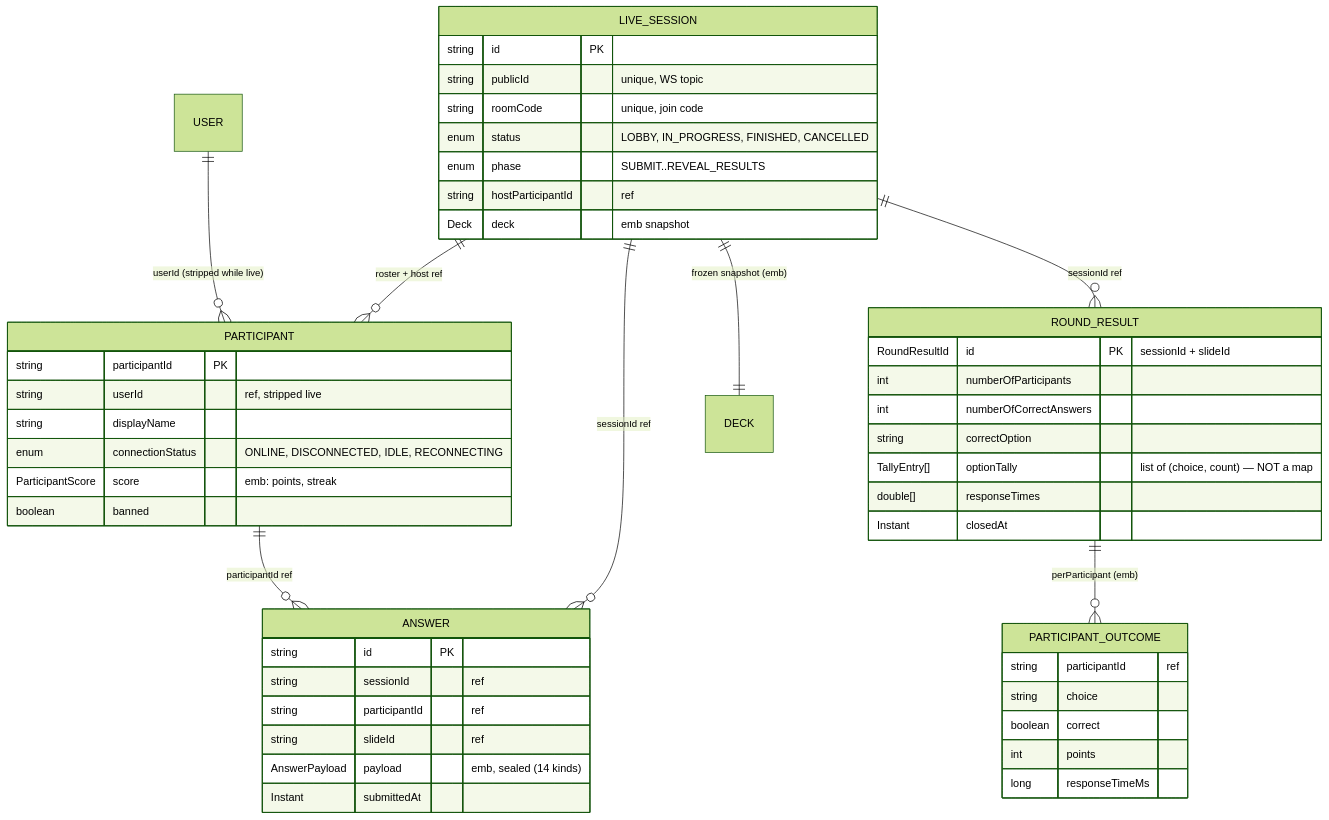
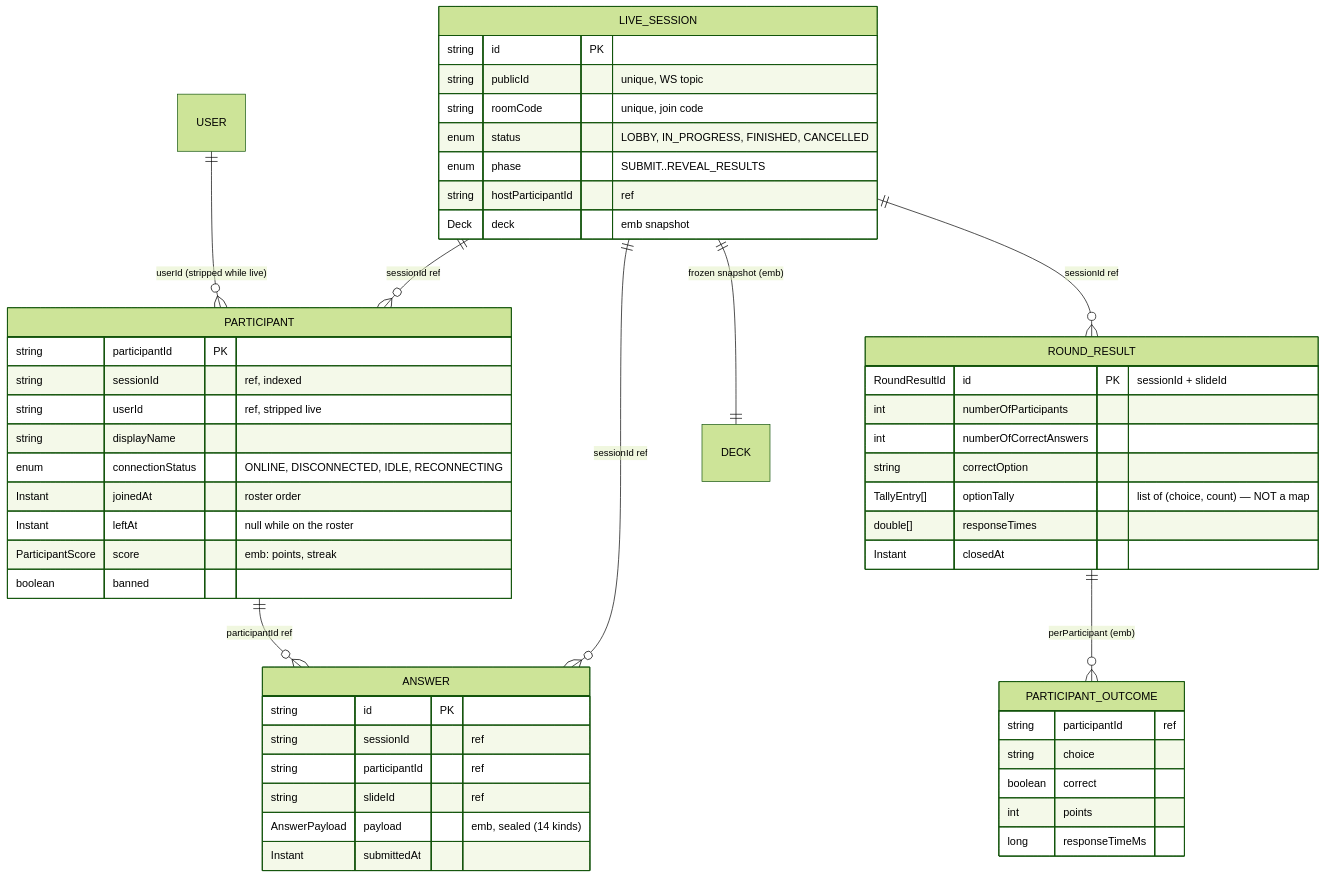
Before and after one commit to Saganaut/ambi: the third of 5 diagrams in z-docs/diagrams/domain-model.md, drawn with Mermaid (forest theme). The commit also changed other lines of this file and 34 other files, not shown here.

````diff
--- a/z-docs/diagrams/domain-model.md
+++ b/z-docs/diagrams/domain-model.md
@@ -155,52 +155,55 @@
 ```mermaid
 erDiagram
-    LIVE_SESSION ||--o{ PARTICIPANT : "roster + host ref"
+    LIVE_SESSION ||--o{ PARTICIPANT : "sessionId ref"
     LIVE_SESSION ||--o{ ANSWER : "sessionId ref"
     LIVE_SESSION ||--o{ ROUND_RESULT : "sessionId ref"
     LIVE_SESSION ||--|| DECK : "frozen snapshot (emb)"
     PARTICIPANT ||--o{ ANSWER : "participantId ref"
     ROUND_RESULT ||--o{ PARTICIPANT_OUTCOME : "perParticipant (emb)"
     USER ||--o{ PARTICIPANT : "userId (stripped while live)"
 
     LIVE_SESSION {
         string id PK
         string publicId "unique, WS topic"
         string roomCode "unique, join code"
         enum status "LOBBY, IN_PROGRESS, FINISHED, CANCELLED"
         enum phase "SUBMIT..REVEAL_RESULTS"
         string hostParticipantId "ref"
         Deck deck "emb snapshot"
     }
     PARTICIPANT {
         string participantId PK
+        string sessionId "ref, indexed"
         string userId "ref, stripped live"
         string displayName
         enum connectionStatus "ONLINE, DISCONNECTED, IDLE, RECONNECTING"
+        Instant joinedAt "roster order"
+        Instant leftAt "null while on the roster"
         ParticipantScore score "emb: points, streak"
         boolean banned
     }
     ANSWER {
         string id PK
         string sessionId "ref"
         string participantId "ref"
         string slideId "ref"
         AnswerPayload payload "emb, sealed (14 kinds)"
         Instant submittedAt
     }
     ROUND_RESULT {
         RoundResultId id PK "sessionId + slideId"
         int numberOfParticipants
         int numberOfCorrectAnswers
         string correctOption
         TallyEntry[] optionTally "list of (choice, count) — NOT a map"
         double[] responseTimes
         Instant closedAt
     }
     PARTICIPANT_OUTCOME {
         string participantId "ref"
         string choice
         boolean correct
         int points
         long responseTimeMs
     }
 ```
````
